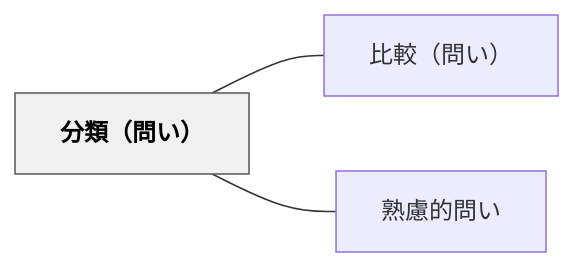
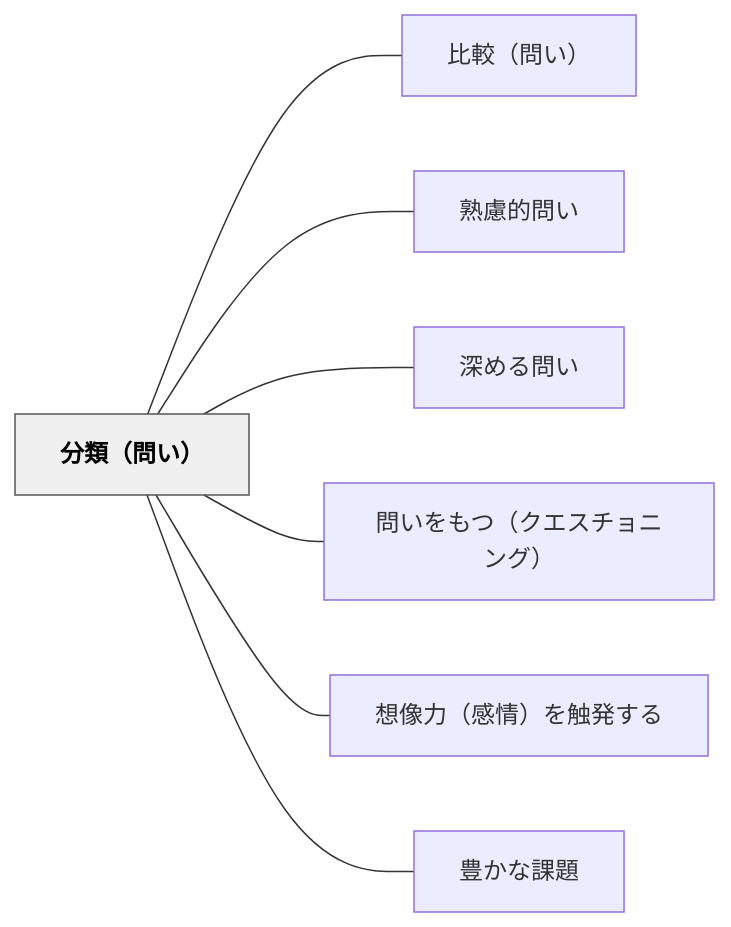
One commit to unknownthings-ed-patterns/unknownthings-ed-patterns changed the diagram in content/パタン/分類（問い）.md. Above: the diagram before and after it, drawn with Mermaid. The commit also changed other lines of this file and 71 other files, not shown here.

````diff
--- a/content/パタン/分類（問い）.md
+++ b/content/パタン/分類（問い）.md
@@ -45,12 +49,20 @@
 ```mermaid
 flowchart LR
     ne58886e9a19eefbc88e5958fe38184efbc89["分類（問い）"]
     ne6af94e8bc83efbc88e5958fe38184efbc89["比較（問い）"]
     ne7869fe685aee79a84e5958fe38184["熟慮的問い"]
+    ne6b7b1e38281e3828be5958fe38184["深める問い"]
+    ne5958fe38184e38292e38282e381a4efbc88e382afe382a8e382b9e38381e383a7e3838be383b3e382b0efbc89["問いをもつ（クエスチョニング）"]
+    ne683b3e5838fe58a9befbc88e6849fe68385efbc89e38292e8a7a6e799bae38199e3828b["想像力（感情）を触発する"]
+    ne8b18ae3818be381aae8aab2e9a18c["豊かな課題"]
 
     ne58886e9a19eefbc88e5958fe38184efbc89 --- ne6af94e8bc83efbc88e5958fe38184efbc89
     ne58886e9a19eefbc88e5958fe38184efbc89 --- ne7869fe685aee79a84e5958fe38184
+    ne58886e9a19eefbc88e5958fe38184efbc89 --- ne6b7b1e38281e3828be5958fe38184
+    ne58886e9a19eefbc88e5958fe38184efbc89 --- ne5958fe38184e38292e38282e381a4efbc88e382afe382a8e382b9e38381e383a7e3838be383b3e382b0efbc89
+    ne58886e9a19eefbc88e5958fe38184efbc89 --- ne683b3e5838fe58a9befbc88e6849fe68385efbc89e38292e8a7a6e799bae38199e3828b
+    ne58886e9a19eefbc88e5958fe38184efbc89 --- ne8b18ae3818be381aae8aab2e9a18c
 
     classDef hub fill:#f0f0f0,stroke:#555,color:#000,font-weight:bold
     class ne58886e9a19eefbc88e5958fe38184efbc89 hub
 ```
````
